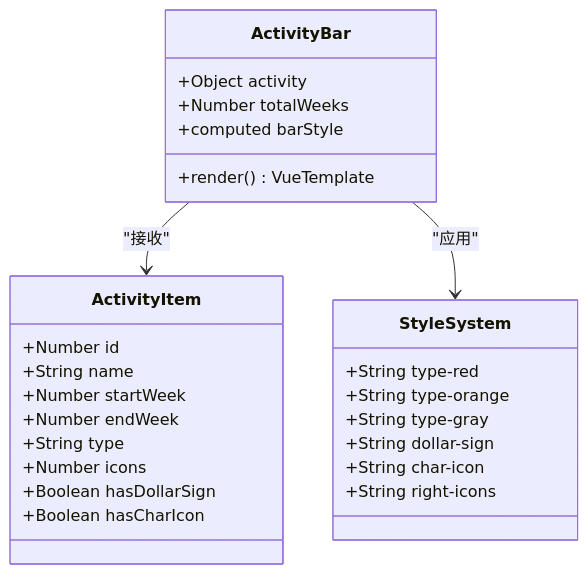
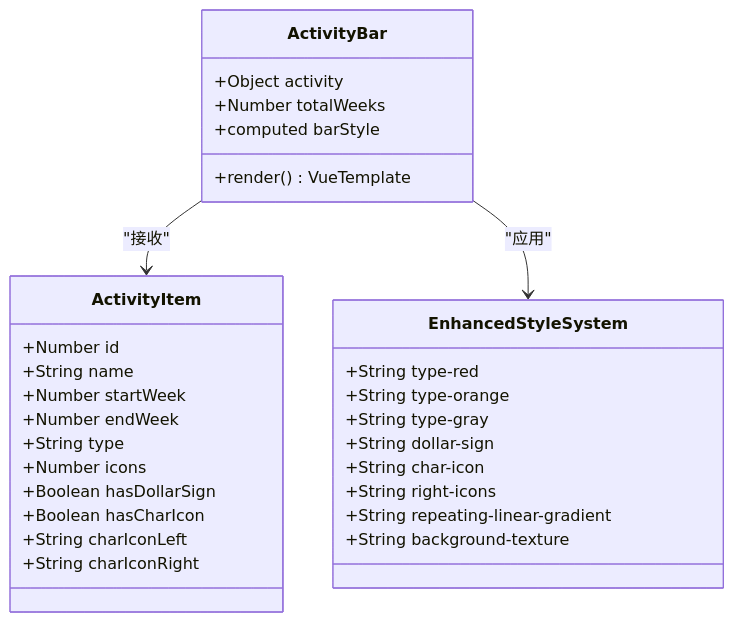
One commit to xuanyulingnfeg/gameCalendar changed the fourth of 7 diagrams in .qoder/repowiki/zh/content/核心组件/ActivityBar 活动条目组件.md. Above: the diagram before and after it, drawn with Mermaid. The commit also changed other lines of this file and 7 other files, not shown here.

````diff
--- a/.qoder/repowiki/zh/content/核心组件/ActivityBar 活动条目组件.md
+++ b/.qoder/repowiki/zh/content/核心组件/ActivityBar 活动条目组件.md
@@ -177,29 +192,33 @@
 ```mermaid
 classDiagram
 class ActivityBar {
 +Object activity
 +Number totalWeeks
 +computed barStyle
 +render() VueTemplate
 }
 class ActivityItem {
 +Number id
 +String name
 +Number startWeek
 +Number endWeek
 +String type
 +Number icons
 +Boolean hasDollarSign
 +Boolean hasCharIcon
++String charIconLeft
++String charIconRight
 }
-class StyleSystem {
+class EnhancedStyleSystem {
 +String type-red
 +String type-orange
 +String type-gray
 +String dollar-sign
 +String char-icon
 +String right-icons
++String repeating-linear-gradient
++String background-texture
 }
 ActivityBar --> ActivityItem : "接收"
-ActivityBar --> StyleSystem : "应用"
+ActivityBar --> EnhancedStyleSystem : "应用"
 ```
````
